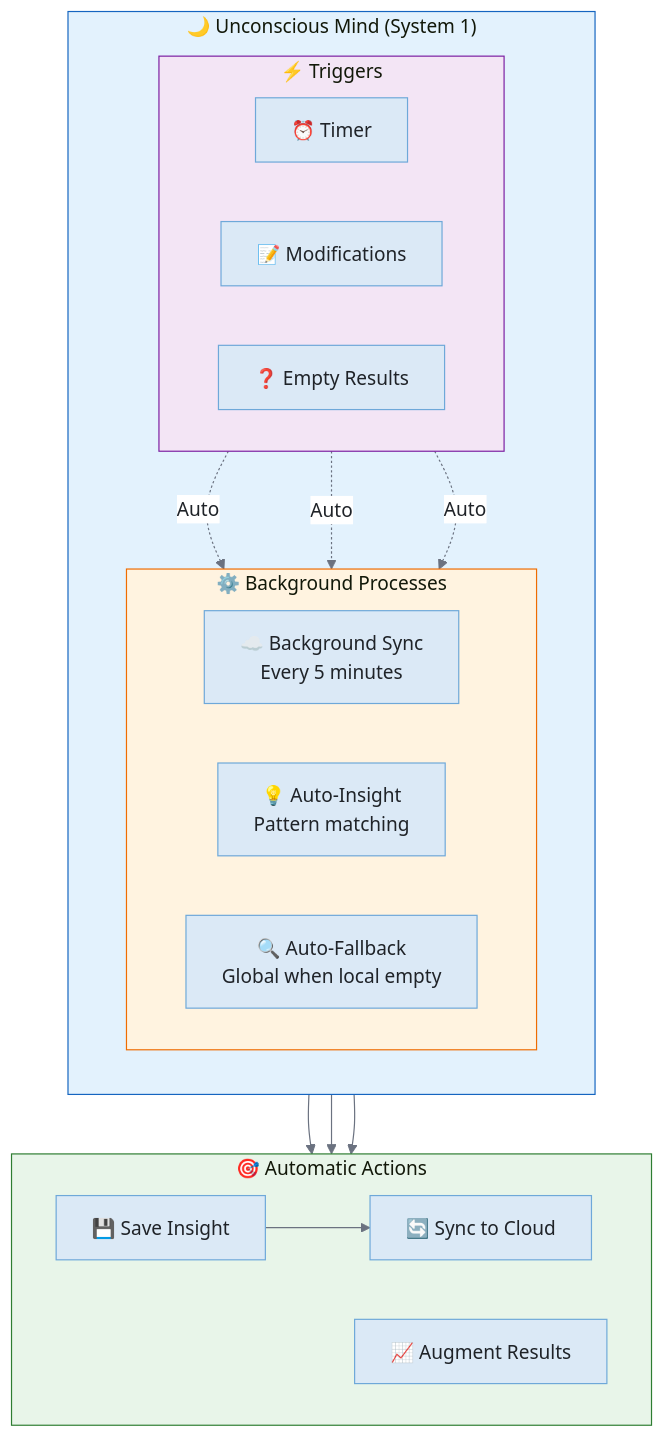
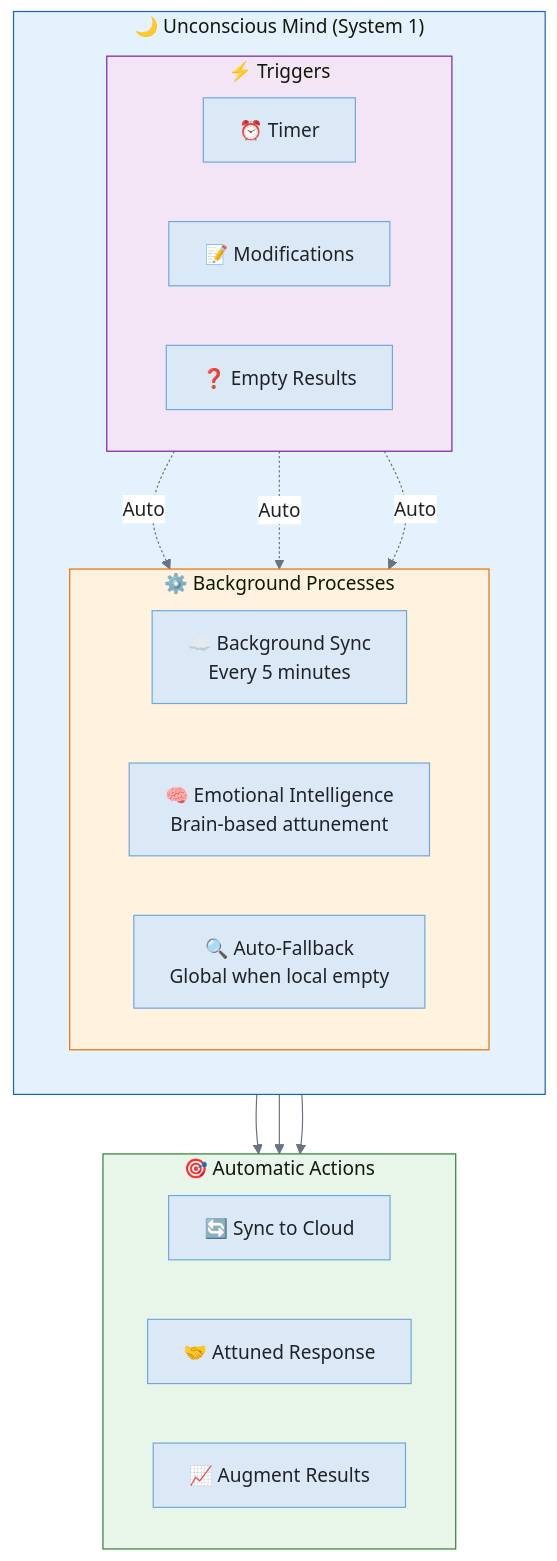
One commit to fabioc-aloha/Alex_Plug_In changed the first of 6 diagrams in alex_docs/architecture/UNCONSCIOUS-MIND.md. Above: the diagram before and after it, drawn with Mermaid. The commit also changed other lines of this file and 72 other files, not shown here.

First line of the commit message:
Agent-only architecture: remove participant mode, dead code cleanup, docs audit

````diff
--- a/alex_docs/architecture/UNCONSCIOUS-MIND.md
+++ b/alex_docs/architecture/UNCONSCIOUS-MIND.md
@@ -15,43 +15,42 @@
 ```mermaid
 %%{init: {'theme': 'base', 'themeVariables': {'background': '#f8f9fa', 'primaryColor': '#dbe9f6', 'primaryTextColor': '#1f2328', 'primaryBorderColor': '#6ea8d9', 'lineColor': '#6b7280', 'secondaryColor': '#d1f5ef', 'secondaryBorderColor': '#5ab5a0', 'tertiaryColor': '#ede7f6', 'tertiaryBorderColor': '#b39ddb', 'edgeLabelBackground': '#ffffff', 'fontFamily': 'Segoe UI, system-ui, sans-serif'}}}%%
 flowchart TB
     subgraph UNCONSCIOUS["🌙 Unconscious Mind (System 1)"]
         direction TB
 
         subgraph PROCESSES["⚙️ Background Processes"]
             direction LR
             BGS["☁️ Background Sync<br/>Every 5 minutes"]
-            AID["💡 Auto-Insight<br/>Pattern matching"]
+            EI["🧠 Emotional Intelligence<br/>Brain-based attunement"]
             AFS["🔍 Auto-Fallback<br/>Global when local empty"]
         end
 
         subgraph TRIGGERS["⚡ Triggers"]
             direction LR
             TIME["⏰ Timer"]
             MOD["📝 Modifications"]
             SEARCH["❓ Empty Results"]
         end
     end
 
     subgraph ACTIONS["🎯 Automatic Actions"]
         direction LR
         SYNC["🔄 Sync to Cloud"]
-        SAVE["💾 Save Insight"]
+        ATTUNE["🤝 Attuned Response"]
         AUGMENT["📈 Augment Results"]
     end
 
     TIME -.->|"Auto"| BGS
     MOD -.->|"Auto"| BGS
     BGS --> SYNC
 
     SEARCH -.->|"Auto"| AFS
     AFS --> AUGMENT
 
-    AID --> SAVE
-    SAVE --> SYNC
+    EI --> ATTUNE
 
     style UNCONSCIOUS fill:#e3f2fd,stroke:#1565c0
     style PROCESSES fill:#fff3e0,stroke:#ef6c00
     style TRIGGERS fill:#f3e5f5,stroke:#7b1fa2
     style ACTIONS fill:#e8f5e9,stroke:#2e7d32
 ```
````
